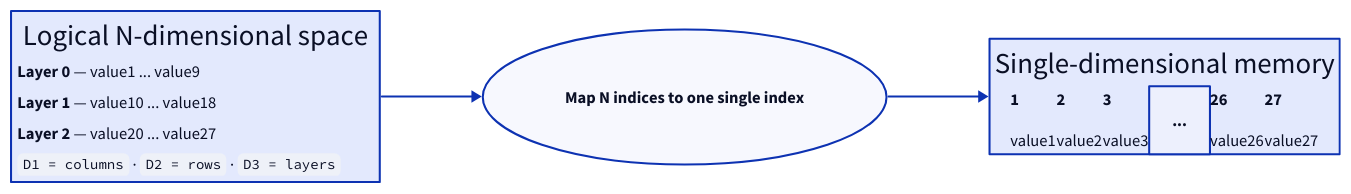
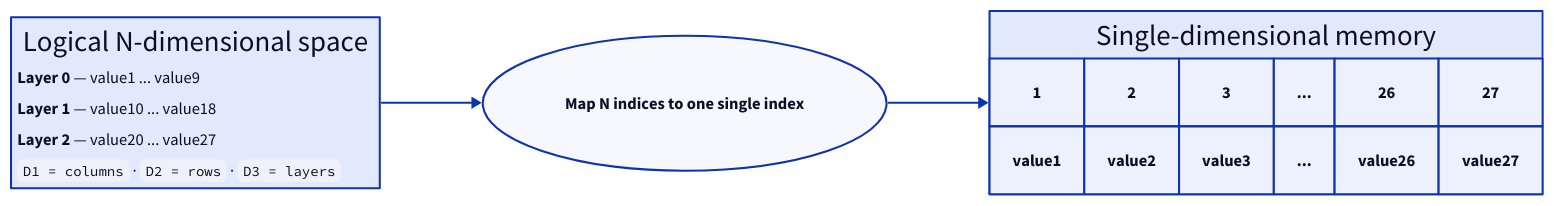
One commit to ani2fun/note-book changed diagram 25 of 50 in src/computer-science/DSA/data-structures/1.arrays/02-multidimensional.md. Above: the diagram before and after it, drawn with D2. The commit also changed other lines of this file, not shown here.

First line of the commit message:
DSA arrays/02-multidimensional: deep narrative pass + diagram tabular sweep

````diff
--- a/src/computer-science/DSA/data-structures/1.arrays/02-multidimensional.md
+++ b/src/computer-science/DSA/data-structures/1.arrays/02-multidimensional.md
@@ -1214,57 +1196,44 @@
 ```d2
 direction: right
 
 logical: "Logical N-dimensional space" {
   grid-rows: 4
   grid-gap: 6
   l0: |md
     **Layer 0** — value1 ... value9
   |
   l1: |md
     **Layer 1** — value10 ... value18
   |
   l2: |md
     **Layer 2** — value20 ... value27
   |
   dims: |md
     `D1 = columns`  ·  `D2 = rows`  ·  `D3 = layers`
   |
 }
 
 map: "Map N indices to one single index" {
   shape: oval
 }
 
 memory: "Single-dimensional memory" {
+  grid-rows: 2
   grid-columns: 6
   grid-gap: 0
-  m1: |md
-    **1**
-
-    value1
-  |
-  m2: |md
-    **2**
-
-    value2
-  |
-  m3: |md
-    **3**
-
-    value3
-  |
-  md: "..."
-  m26: |md
-    **26**
-
-    value26
-  |
-  m27: |md
-    **27**
-
-    value27
-  |
+  a1: "1"
+  a2: "2"
+  a3: "3"
+  ad: "..."
+  a26: "26"
+  a27: "27"
+  v1: "value1"
+  v2: "value2"
+  v3: "value3"
+  vd: "..."
+  v26: "value26"
+  v27: "value27"
 }
 
 logical -> map -> memory
 ```
````
